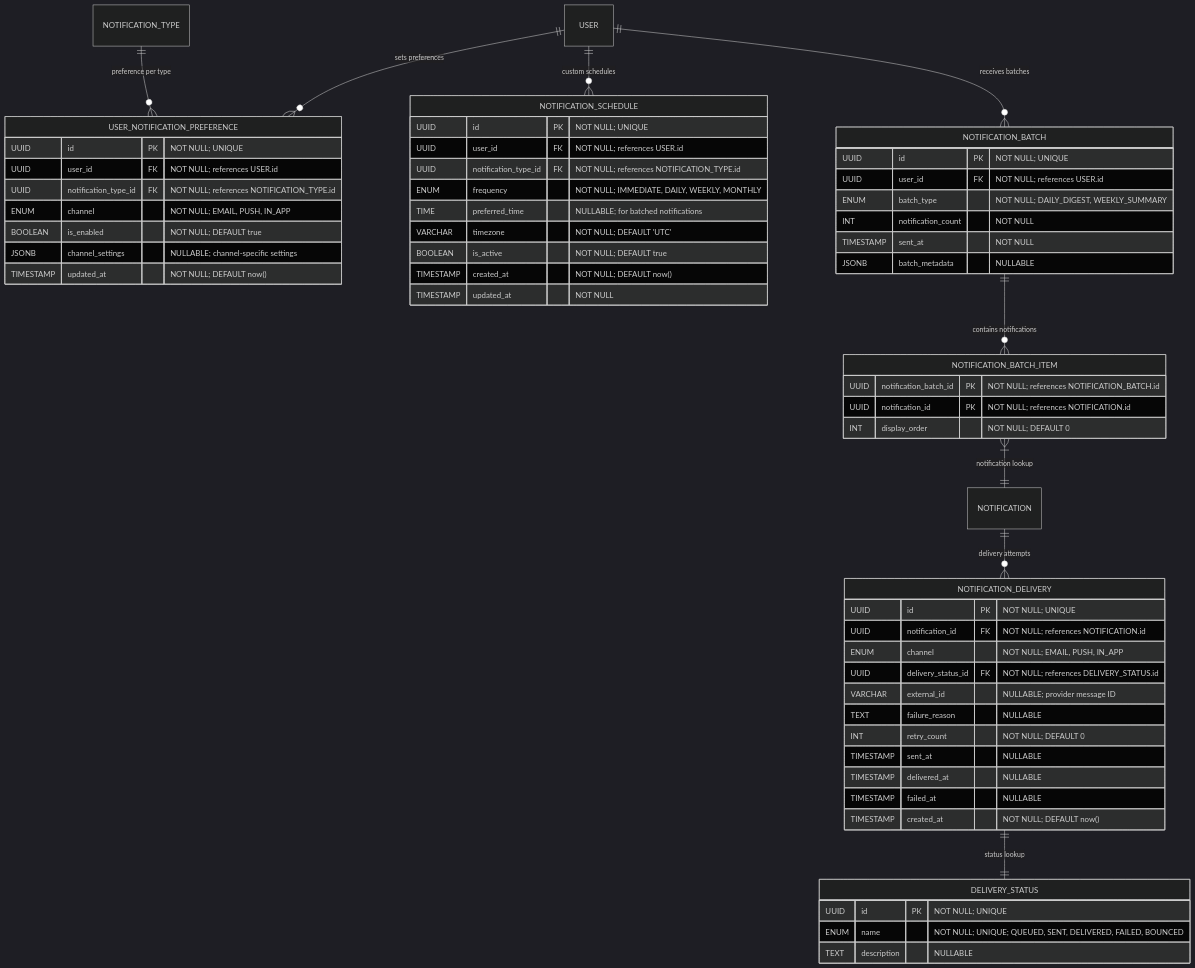
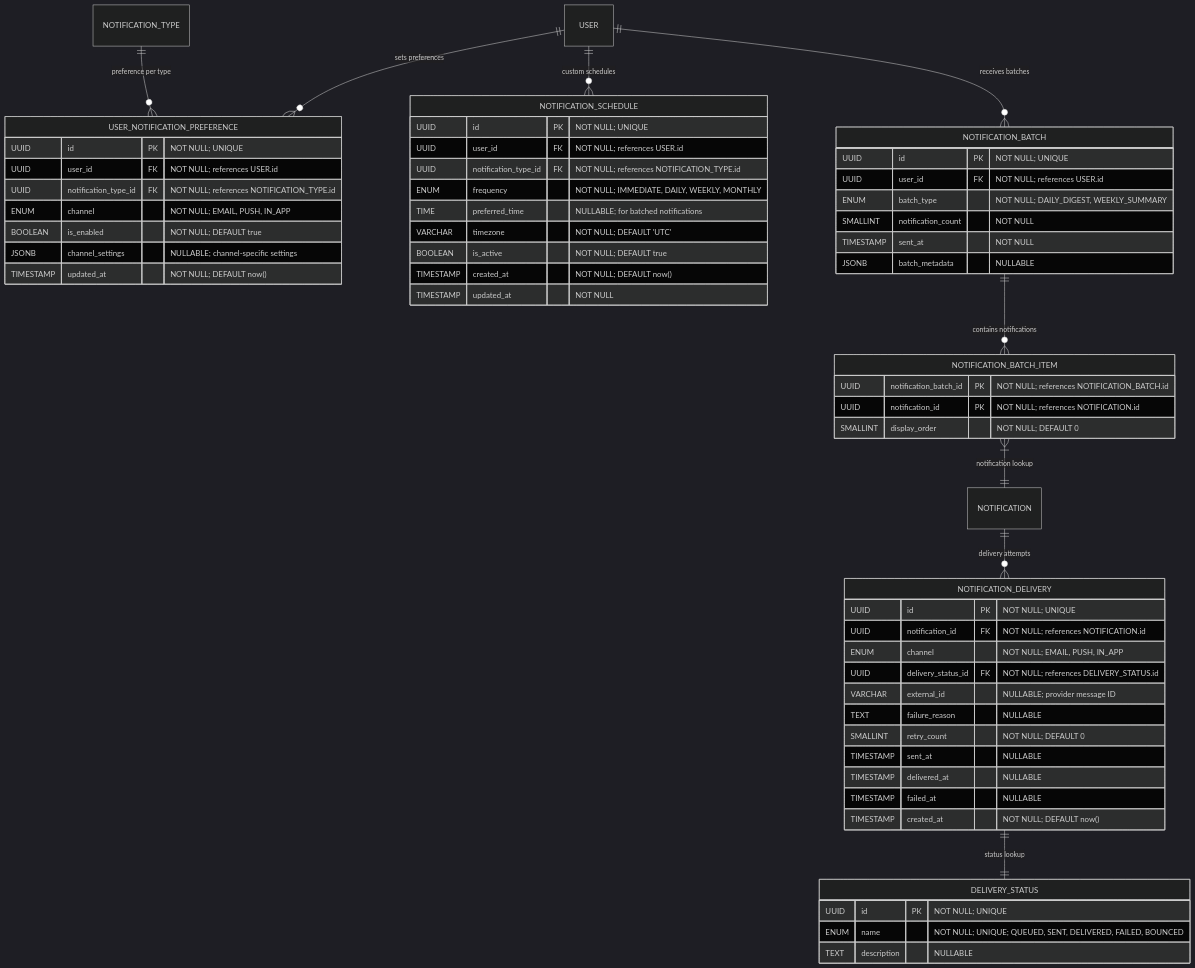
The diagram in docs/notifications/notification_preferences_delivery.md (Dratharias/Motriforge), drawn with Mermaid (dark theme) before and after one commit. The commit also changed 31 other files, not shown here.

````diff
--- a/docs/notifications/notification_preferences_delivery.md
+++ b/docs/notifications/notification_preferences_delivery.md
@@ -8,72 +8,72 @@
 ```mermaid
 erDiagram
   %%=== Layer 2: Notification Preferences & Delivery ===%%
 
   USER_NOTIFICATION_PREFERENCE {
     UUID id PK                         "NOT NULL; UNIQUE"
     UUID user_id FK                    "NOT NULL; references USER.id"
     UUID notification_type_id FK       "NOT NULL; references NOTIFICATION_TYPE.id"
     ENUM channel                       "NOT NULL; EMAIL, PUSH, IN_APP"
     BOOLEAN is_enabled                 "NOT NULL; DEFAULT true"
     JSONB channel_settings             "NULLABLE; channel-specific settings"
     TIMESTAMP updated_at               "NOT NULL; DEFAULT now()"
   }
 
   NOTIFICATION_DELIVERY {
     UUID id PK                         "NOT NULL; UNIQUE"
     UUID notification_id FK            "NOT NULL; references NOTIFICATION.id"
     ENUM channel                       "NOT NULL; EMAIL, PUSH, IN_APP"
     UUID delivery_status_id FK         "NOT NULL; references DELIVERY_STATUS.id"
     VARCHAR external_id                "NULLABLE; provider message ID"
     TEXT failure_reason                "NULLABLE"
-    INT retry_count                    "NOT NULL; DEFAULT 0"
+    SMALLINT retry_count                    "NOT NULL; DEFAULT 0"
     TIMESTAMP sent_at                  "NULLABLE"
     TIMESTAMP delivered_at             "NULLABLE"
     TIMESTAMP failed_at                "NULLABLE"
     TIMESTAMP created_at               "NOT NULL; DEFAULT now()"
   }
 
   DELIVERY_STATUS {
     UUID id PK                         "NOT NULL; UNIQUE"
     ENUM name                          "NOT NULL; UNIQUE; QUEUED, SENT, DELIVERED, FAILED, BOUNCED"
     TEXT description                   "NULLABLE"
   }
 
   NOTIFICATION_SCHEDULE {
     UUID id PK                         "NOT NULL; UNIQUE"
     UUID user_id FK                    "NOT NULL; references USER.id"
     UUID notification_type_id FK       "NOT NULL; references NOTIFICATION_TYPE.id"
     ENUM frequency                     "NOT NULL; IMMEDIATE, DAILY, WEEKLY, MONTHLY"
     TIME preferred_time                "NULLABLE; for batched notifications"
     VARCHAR timezone                   "NOT NULL; DEFAULT 'UTC'"
     BOOLEAN is_active                  "NOT NULL; DEFAULT true"
     TIMESTAMP created_at               "NOT NULL; DEFAULT now()"
     TIMESTAMP updated_at               "NOT NULL"
   }
 
   NOTIFICATION_BATCH {
     UUID id PK                         "NOT NULL; UNIQUE"
     UUID user_id FK                    "NOT NULL; references USER.id"
     ENUM batch_type                    "NOT NULL; DAILY_DIGEST, WEEKLY_SUMMARY"
-    INT notification_count             "NOT NULL"
+    SMALLINT notification_count             "NOT NULL"
     TIMESTAMP sent_at                  "NOT NULL"
     JSONB batch_metadata               "NULLABLE"
   }
 
   NOTIFICATION_BATCH_ITEM {
     UUID notification_batch_id PK      "NOT NULL; references NOTIFICATION_BATCH.id"
     UUID notification_id PK            "NOT NULL; references NOTIFICATION.id"
-    INT display_order                  "NOT NULL; DEFAULT 0"
+    SMALLINT display_order                  "NOT NULL; DEFAULT 0"
   }
 
   %%— Relationships in Layer 2 —
   USER ||--o{ USER_NOTIFICATION_PREFERENCE : "sets preferences"
   NOTIFICATION_TYPE ||--o{ USER_NOTIFICATION_PREFERENCE : "preference per type"
   NOTIFICATION ||--o{ NOTIFICATION_DELIVERY : "delivery attempts"
   NOTIFICATION_DELIVERY ||--|| DELIVERY_STATUS : "status lookup"
   USER ||--o{ NOTIFICATION_SCHEDULE   : "custom schedules"
   USER ||--o{ NOTIFICATION_BATCH      : "receives batches"
   NOTIFICATION_BATCH ||--o{ NOTIFICATION_BATCH_ITEM : "contains notifications"
   NOTIFICATION_BATCH_ITEM }|--|| NOTIFICATION : "notification lookup"
 
 ```
````
